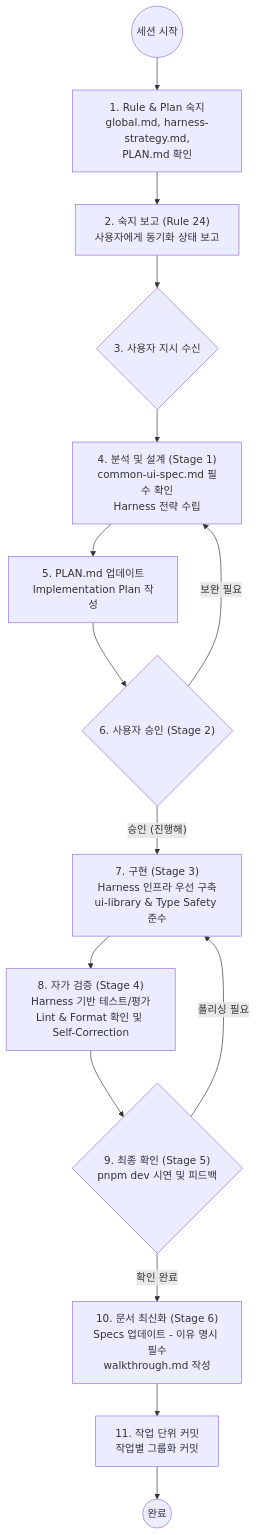
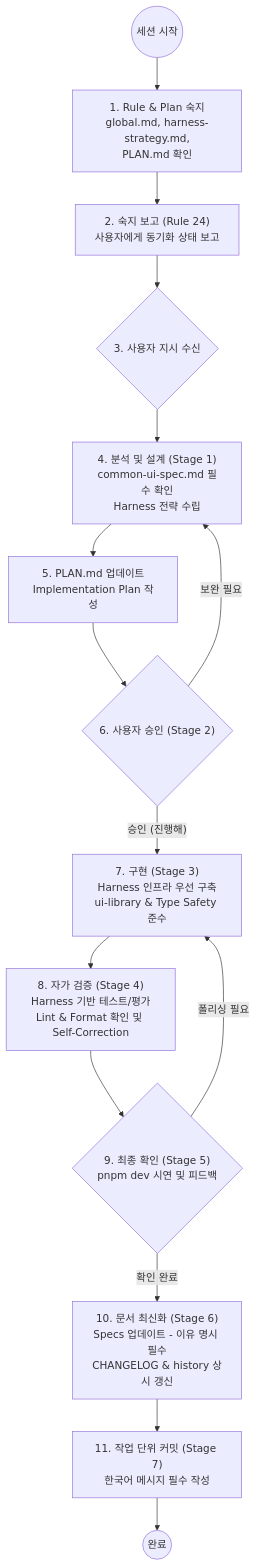
One commit to dripnotes/dripnote-frontend changed the diagram in README.md. Above: the diagram before and after it, drawn with Mermaid. The commit also changed other lines of this file and 32 other files, not shown here.

````diff
--- a/README.md
+++ b/README.md
@@ -14,26 +14,26 @@
 ```mermaid
 graph TD
     %% 1. 세션 시작 (Rule 24)
     Start((세션 시작)) --> RuleCheck["1. Rule & Plan 숙지<br/>global.md, harness-strategy.md,<br/>PLAN.md 확인"]
     RuleCheck --> SessionReport["2. 숙지 보고 (Rule 24)<br/>사용자에게 동기화 상태 보고"]
 
     %% 2. 사용자 지시 및 계획 (Planning Stage)
     SessionReport --> UserRequest{"3. 사용자 지시 수신"}
     UserRequest --> Analysis["4. 분석 및 설계 (Stage 1)<br/>common-ui-spec.md 필수 확인<br/>Harness 전략 수립"]
     Analysis --> PlanUpdate["5. PLAN.md 업데이트<br/>Implementation Plan 작성"]
 
     %% 3. 승인 및 구현 (Execution Stage)
     PlanUpdate --> Approval{"6. 사용자 승인 (Stage 2)"}
     Approval -- 보완 필요 --> Analysis
     Approval -- 승인 (진행해) --> Implementation["7. 구현 (Stage 3)<br/>Harness 인프라 우선 구축<br/>ui-library & Type Safety 준수"]
 
     %% 4. 검증 및 수정 (Review Stage)
     Implementation --> SelfReview["8. 자가 검증 (Stage 4)<br/>Harness 기반 테스트/평가<br/>Lint & Format 확인 및 Self-Correction"]
     SelfReview --> UserVerification{"9. 최종 확인 (Stage 5)<br/>pnpm dev 시연 및 피드백"}
     UserVerification -- 폴리싱 필요 --> Implementation
 
     %% 5. 마무리 (Close Stage)
-    UserVerification -- 확인 완료 --> DocUpdate["10. 문서 최신화 (Stage 6)<br/>Specs 업데이트 - 이유 명시 필수<br/>walkthrough.md 작성"]
-    DocUpdate --> GroupedCommit["11. 작업 단위 커밋<br/>작업별 그룹화 커밋"]
+    UserVerification -- 확인 완료 --> DocUpdate["10. 문서 최신화 (Stage 6)<br/>Specs 업데이트 - 이유 명시 필수<br/>CHANGELOG & history 상시 갱신"]
+    DocUpdate --> GroupedCommit["11. 작업 단위 커밋 (Stage 7)<br/>한국어 메시지 필수 작성"]
     GroupedCommit --> End((완료))
 ```
````
